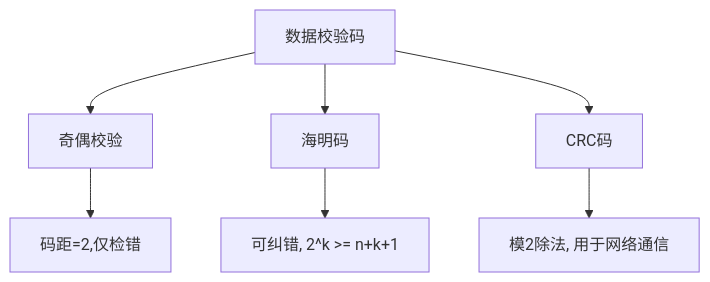
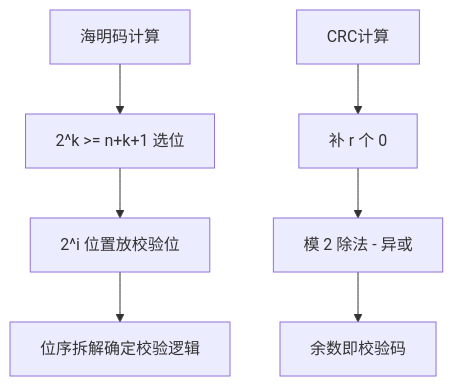
Before and after one commit to raingxm/software-design-exam: the second of 2 diagrams in notes/01-computer-org/01-data-representation.md, drawn with Mermaid. The commit also changed other lines of this file and 7 other files, not shown here.

````diff
--- a/notes/01-computer-org/01-data-representation.md
+++ b/notes/01-computer-org/01-data-representation.md
@@ -58,9 +262,10 @@
 ```mermaid
 graph TD
-    A[数据校验码] --> B[奇偶校验]
-    A --> C[海明码]
-    A --> D[CRC码]
-    B --> B1[码距=2,仅检错]
-    C --> C1[可纠错, 2^k >= n+k+1]
-    D --> D1[模2除法, 用于网络通信]
+    A[海明码计算] --> B[2^k >= n+k+1 选位]
+    B --> C[2^i 位置放校验位]
+    C --> D[位序拆解确定校验逻辑]
+
+    E[CRC计算] --> F[补 r 个 0]
+    F --> G[模 2 除法 - 异或]
+    G --> H[余数即校验码]
 ```
````
